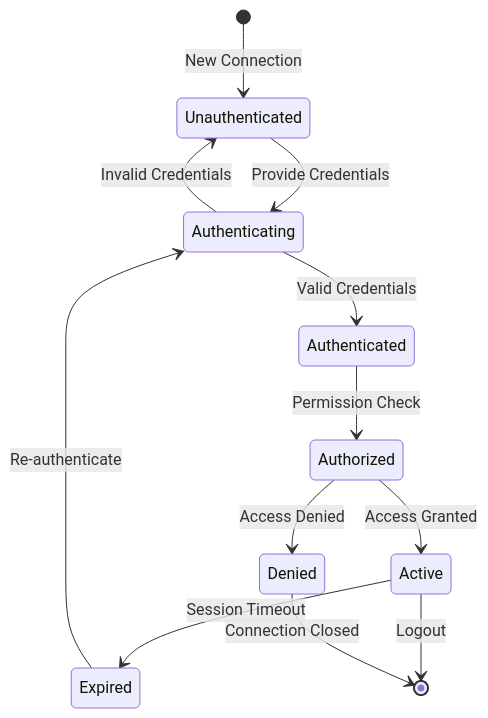
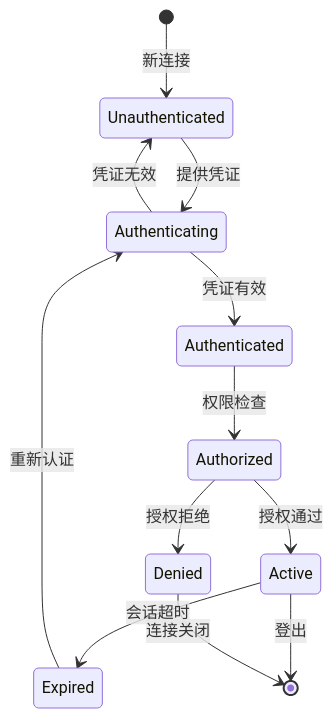
Before and after one commit to Elarwei001/research_openclaw: the fourth of 6 diagrams in src/content/docs/zh-cn/components/security-auth.md, drawn with Mermaid. The commit also changed other lines of this file and 70 other files, not shown here.

````diff
--- a/src/content/docs/zh-cn/components/security-auth.md
+++ b/src/content/docs/zh-cn/components/security-auth.md
@@ -106,18 +106,18 @@
 ```mermaid
 stateDiagram-v2
-    [*] --> Unauthenticated: New Connection
+    [*] --> Unauthenticated: 新连接
     
-    Unauthenticated --> Authenticating: Provide Credentials
-    Authenticating --> Authenticated: Valid Credentials
-    Authenticating --> Unauthenticated: Invalid Credentials
+    Unauthenticated --> Authenticating: 提供凭证
+    Authenticating --> Authenticated: 凭证有效
+    Authenticating --> Unauthenticated: 凭证无效
     
-    Authenticated --> Authorized: Permission Check
-    Authorized --> Active: Access Granted
-    Authorized --> Denied: Access Denied
+    Authenticated --> Authorized: 权限检查
+    Authorized --> Active: 授权通过
+    Authorized --> Denied: 授权拒绝
     
-    Active --> Expired: Session Timeout
-    Expired --> Authenticating: Re-authenticate
+    Active --> Expired: 会话超时
+    Expired --> Authenticating: 重新认证
     
-    Active --> [*]: Logout
-    Denied --> [*]: Connection Closed
+    Active --> [*]: 登出
+    Denied --> [*]: 连接关闭
 ```
````
